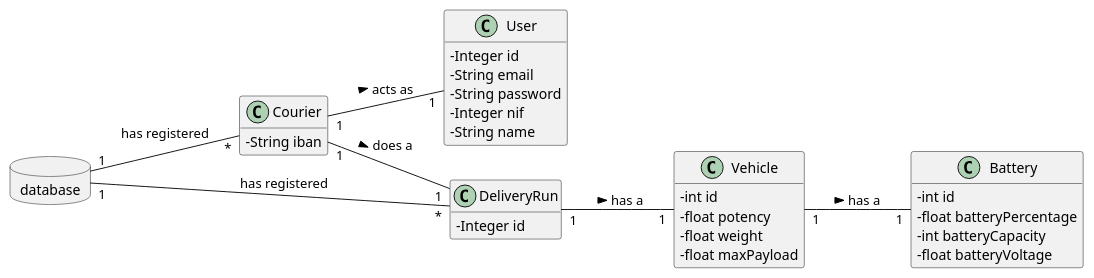
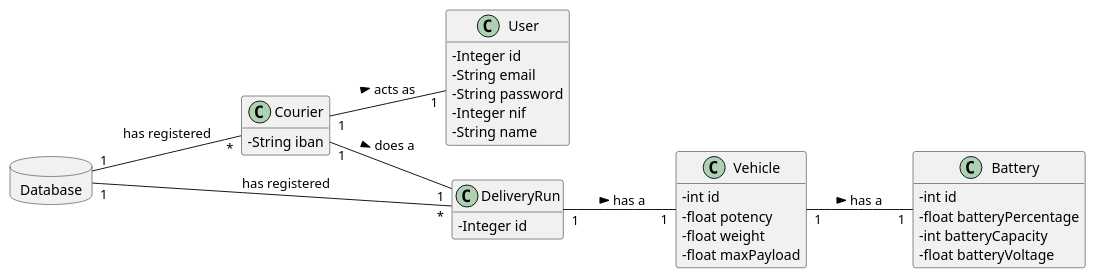
One commit to tiagoavcosta25/LAPR3 changed the diagram in docs/Iteration 3/Delivery Management/US303_FinishDeliveryRun/US303_DM.puml. Above: the diagram before and after it, drawn with PlantUML. The commit also changed 4 other files, not shown here.

Commit message:
LAPR2AP2-303 #close Finish Delivery Run [Design]

```diff
--- a/docs/Iteration 3/Delivery Management/US303_FinishDeliveryRun/US303_DM.puml
+++ b/docs/Iteration 3/Delivery Management/US303_FinishDeliveryRun/US303_DM.puml
@@ -1,46 +1,45 @@
 @startuml
 skinparam classAttributeIconSize 0
 hide methods
 left to right direction
 
 class Courier {
       -String iban
 }
 
  class User{
 -Integer id
 -String email
 -String password
 -Integer nif
 -String name
 }
 
 class DeliveryRun{
 -Integer id
 }
 
 class Vehicle{
   -int id
   -float potency
   -float weight
   -float maxPayload
 }
 
 class Battery{
   -int id
   -float batteryPercentage
   -int batteryCapacity
   -float batteryVoltage
 }
 
-database database{
-
+database Database {
 }
 
 Courier "1" -- "1" User : acts as >
 Vehicle "1" -- "1" Battery : has a >
 Courier "1" -- "1" DeliveryRun : does a >
 DeliveryRun "1" -- "1" Vehicle :  has a >
-database "1" -- "*" Courier : has registered
-database "1" -- "*" DeliveryRun : has registered
+Database "1" -- "*" Courier : has registered
+Database "1" -- "*" DeliveryRun : has registered
 @enduml
```
